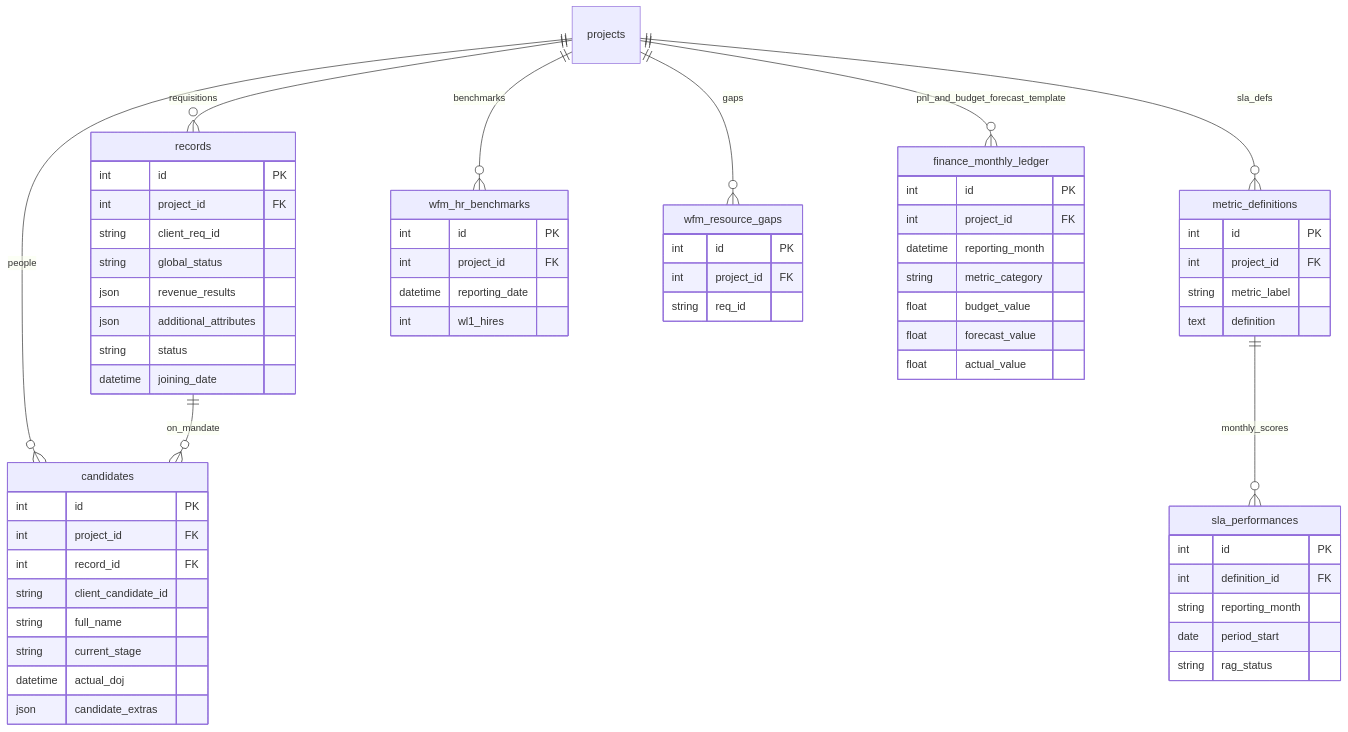
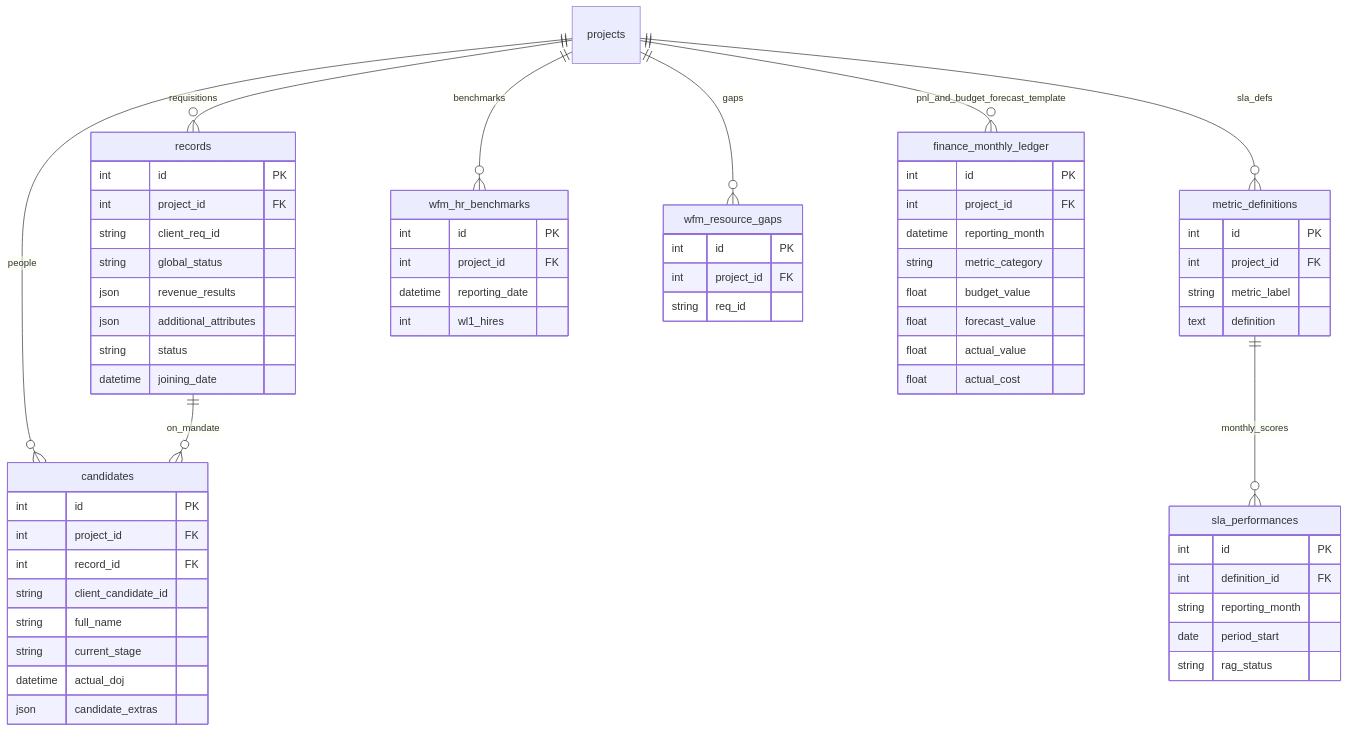
The second of 5 diagrams in DATABASE_SCHEMA.md (abhijeet42cy6/taggd), drawn with Mermaid before and after one commit. The commit also changed other lines of this file and 594 other files, not shown here.

````diff
--- a/DATABASE_SCHEMA.md
+++ b/DATABASE_SCHEMA.md
@@ -404,71 +581,72 @@
 ```mermaid
 erDiagram
     projects ||--o{ records : requisitions
     projects ||--o{ candidates : people
     records ||--o{ candidates : on_mandate
     projects ||--o{ metric_definitions : sla_defs
     metric_definitions ||--o{ sla_performances : monthly_scores
     projects ||--o{ wfm_hr_benchmarks : benchmarks
     projects ||--o{ wfm_resource_gaps : gaps
     projects ||--o{ finance_monthly_ledger : pnl_and_budget_forecast_template
 
     records {
         int id PK
         int project_id FK
         string client_req_id
         string global_status
         json revenue_results
         json additional_attributes
         string status
         datetime joining_date
     }
 
     candidates {
         int id PK
         int project_id FK
         int record_id FK
         string client_candidate_id
         string full_name
         string current_stage
         datetime actual_doj
         json candidate_extras
     }
 
     metric_definitions {
         int id PK
         int project_id FK
         string metric_label
         text definition
     }
 
     sla_performances {
         int id PK
         int definition_id FK
         string reporting_month
         date period_start
         string rag_status
     }
 
     wfm_hr_benchmarks {
         int id PK
         int project_id FK
         datetime reporting_date
         int wl1_hires
     }
 
     wfm_resource_gaps {
         int id PK
         int project_id FK
         string req_id
     }
 
     finance_monthly_ledger {
         int id PK
         int project_id FK
         datetime reporting_month
         string metric_category
         float budget_value
         float forecast_value
         float actual_value
+        float actual_cost
     }
 ```
````
